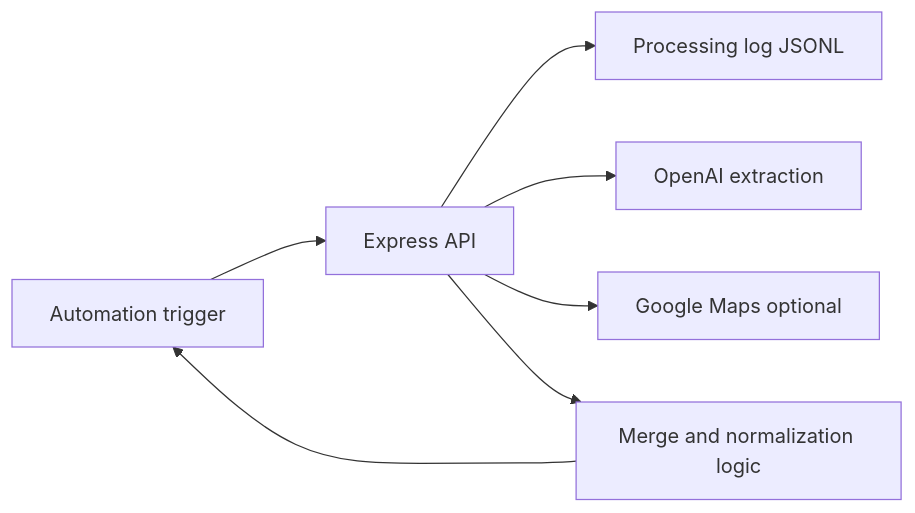
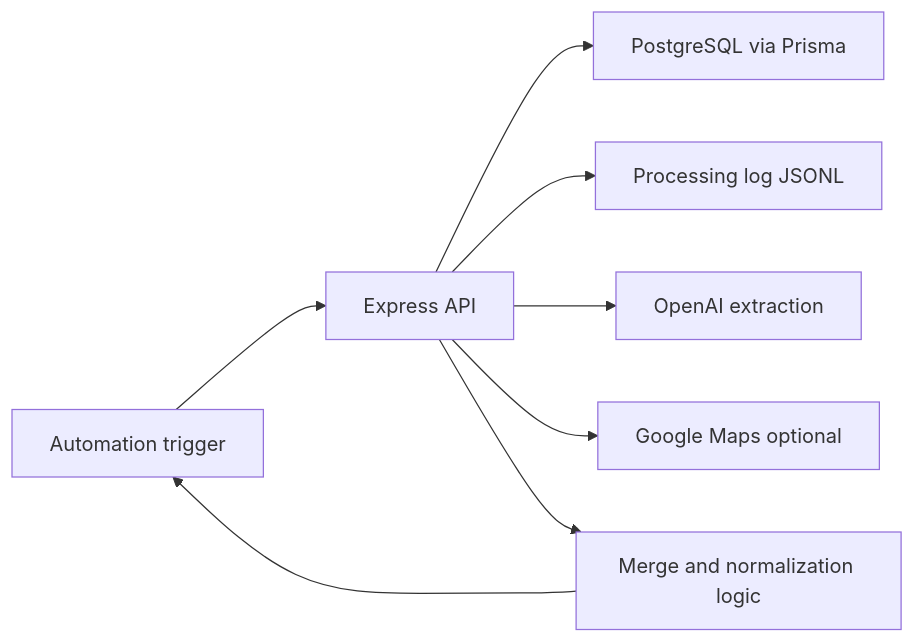
Before and after one commit to Seamus93/Astebook: the first of 2 diagrams in docs/ARCHITECTURE.md, drawn with Mermaid. The commit also changed other lines of this file and 5 other files, not shown here.

````diff
--- a/docs/ARCHITECTURE.md
+++ b/docs/ARCHITECTURE.md
@@ -5,9 +5,10 @@
 ```mermaid
 flowchart LR
   Client[Automation trigger] --> API[Express API]
+  API --> DB[PostgreSQL via Prisma]
   API --> Log[Processing log JSONL]
   API --> AI[OpenAI extraction]
   API --> Maps[Google Maps optional]
   API --> Merge[Merge and normalization logic]
   Merge --> Client
 ```
````
